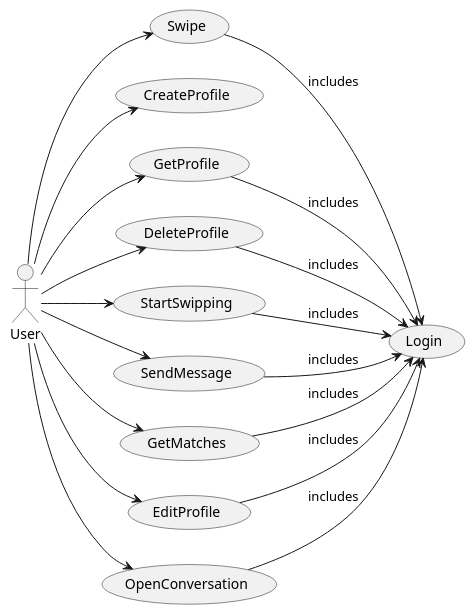
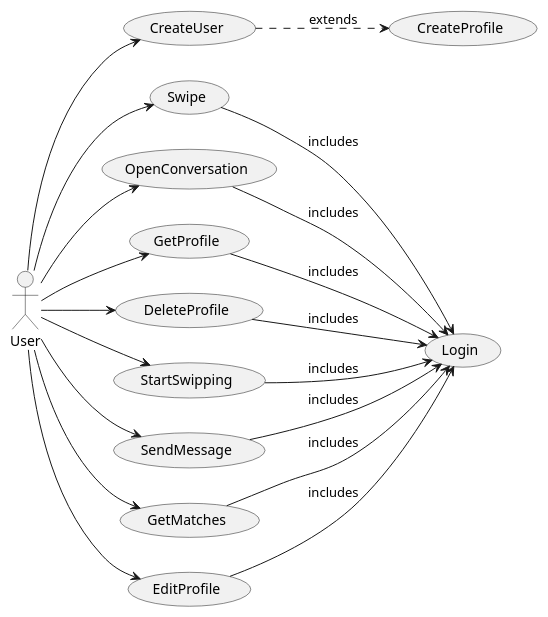
Before and after one commit to fraylopez/tinder: the diagram in docs/src/use-cases/ main.puml, drawn with PlantUML. The commit also changed 1 other file, not shown here.

Commit message:
chore: wip change user by profile uses cases docs

```diff
--- a/docs/src/use-cases/ main.puml
+++ b/docs/src/use-cases/ main.puml
@@ -1,40 +1,42 @@
 @startuml
 left to right direction
 
 actor User
 
 usecase Login
 usecase Swipe
+usecase CreateUser 
 usecase CreateProfile 
 
 usecase GetProfile 
 usecase DeleteProfile 
 usecase StartSwipping
 usecase SendMessage
 usecase GetMatches
 
 usecase EditProfile 
 usecase StartSwipping
 usecase SendMessage
 usecase OpenConversation
 
-User --> CreateProfile
+User --> CreateUser
+CreateUser ..> CreateProfile: extends
 User --> DeleteProfile
 User --> EditProfile
 User --> GetProfile
 User --> SendMessage
 User --> OpenConversation
 User --> GetMatches
 User --> StartSwipping
 User --> Swipe
 
 DeleteProfile --> Login: includes
 EditProfile --> Login: includes
 GetProfile --> Login: includes
 SendMessage --> Login: includes
 OpenConversation --> Login: includes
 GetMatches --> Login: includes
 StartSwipping --> Login: includes
 Swipe --> Login: includes
 
 @enduml
```
